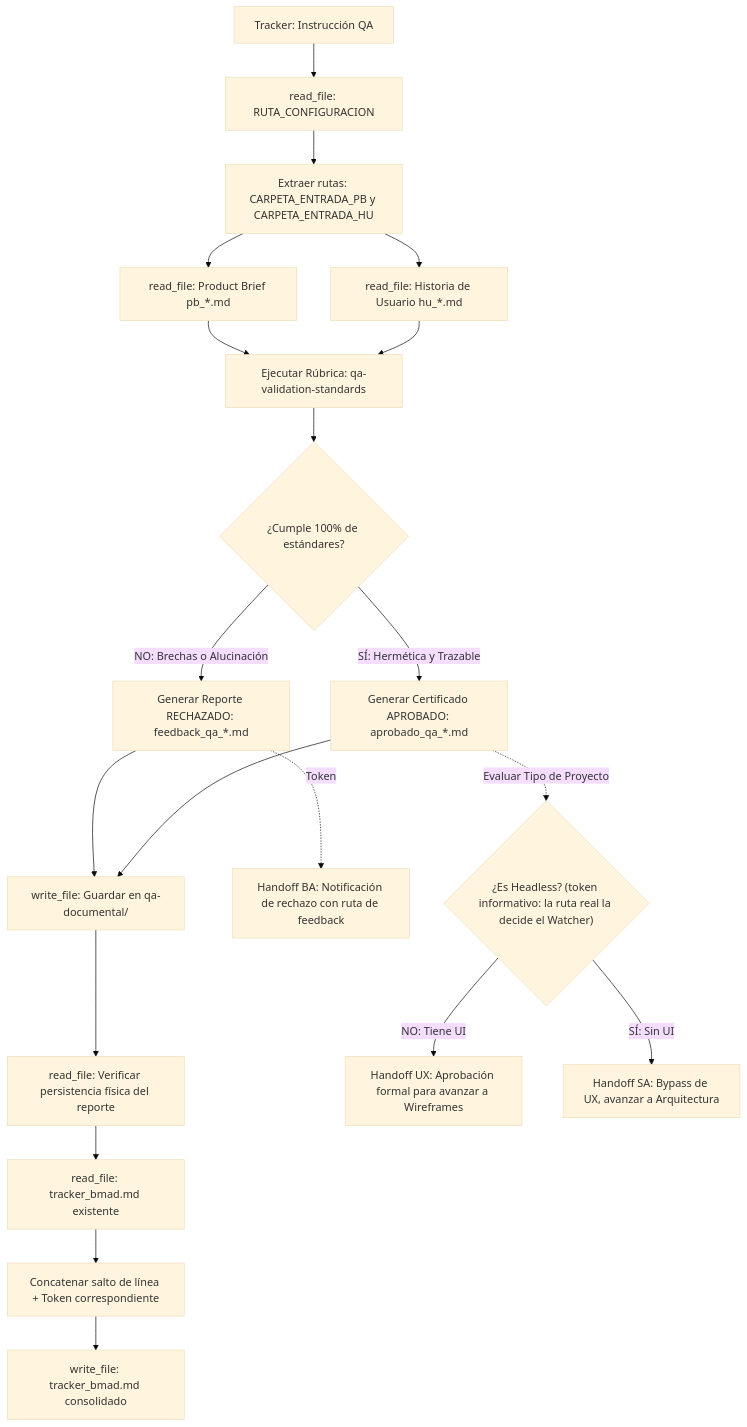
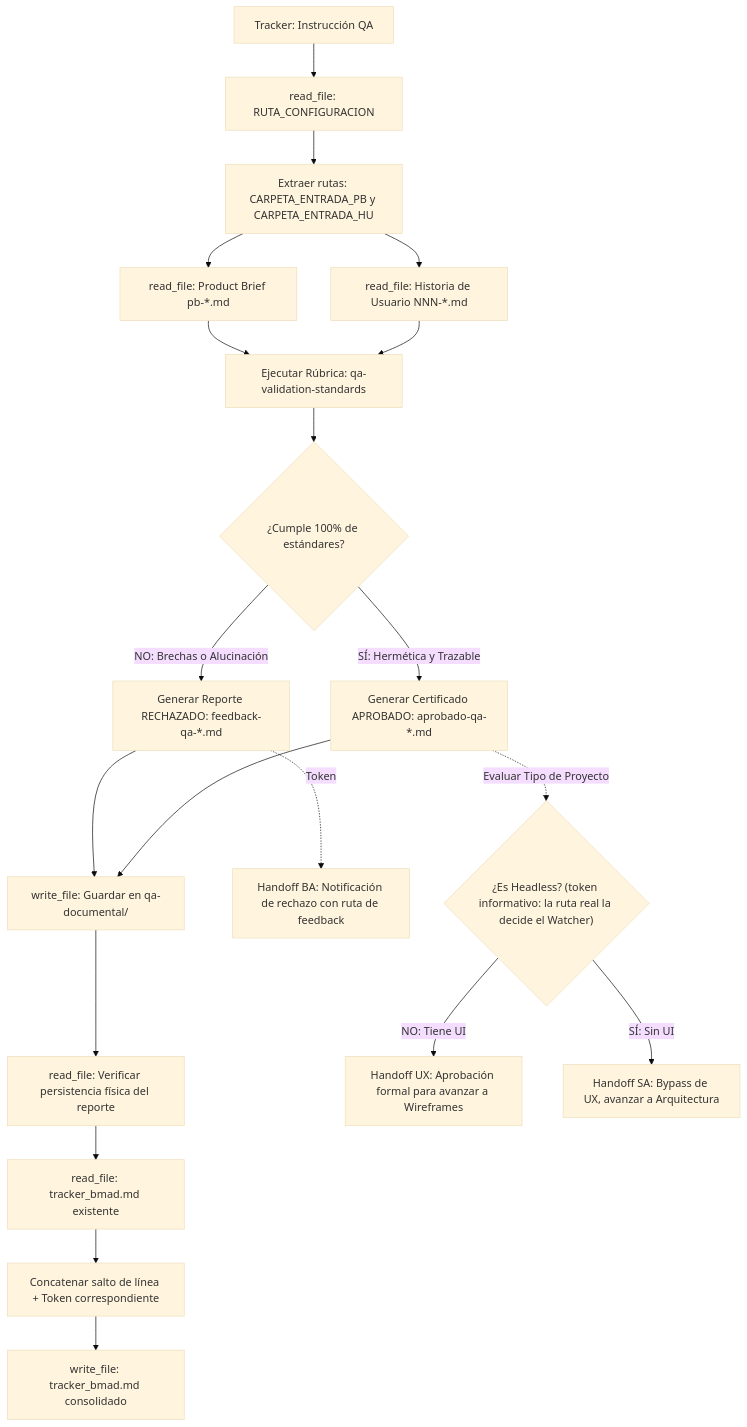
The diagram in qa-documental/AGENTS.md (pauloravicaceres/tech-work-hub), drawn with Mermaid (base theme) before and after one commit. The commit also changed other lines of this file and 397 other files, not shown here.

````diff
--- a/qa-documental/AGENTS.md
+++ b/qa-documental/AGENTS.md
@@ -46,21 +46,21 @@
 ```mermaid
 flowchart TD
     A["Tracker: Instrucción QA"] --> B["read_file: RUTA_CONFIGURACION"]
     B --> C["Extraer rutas: CARPETA_ENTRADA_PB y CARPETA_ENTRADA_HU"]
-    C --> D["read_file: Product Brief pb_*.md"]
-    C --> E["read_file: Historia de Usuario hu_*.md"]
+    C --> D["read_file: Product Brief pb-*.md"]
+    C --> E["read_file: Historia de Usuario NNN-*.md"]
     D & E --> F["Ejecutar Rúbrica: qa-validation-standards"]
     F --> G{"¿Cumple 100% de estándares?"}
-    G -->|NO: Brechas o Alucinación| H["Generar Reporte RECHAZADO: feedback_qa_*.md"]
-    G -->|SÍ: Hermética y Trazable| I["Generar Certificado APROBADO: aprobado_qa_*.md"]
+    G -->|NO: Brechas o Alucinación| H["Generar Reporte RECHAZADO: feedback-qa-*.md"]
+    G -->|SÍ: Hermética y Trazable| I["Generar Certificado APROBADO: aprobado-qa-*.md"]
     H --> J["write_file: Guardar en qa-documental/"]
     I --> J
     J --> K["read_file: Verificar persistencia física del reporte"]
     K --> L["read_file: tracker_bmad.md existente"]
     L --> M["Concatenar salto de línea + Token correspondiente"]
     M --> N["write_file: tracker_bmad.md consolidado"]
     H -.->|Token| O["Handoff BA: Notificación de rechazo con ruta de feedback"]
     I -.->|Evaluar Tipo de Proyecto| P{"¿Es Headless? (token informativo: la ruta real la decide el Watcher)"}
     P -->|NO: Tiene UI| Q["Handoff UX: Aprobación formal para avanzar a Wireframes"]
     P -->|SÍ: Sin UI| R["Handoff SA: Bypass de UX, avanzar a Arquitectura"]
 ```
````
